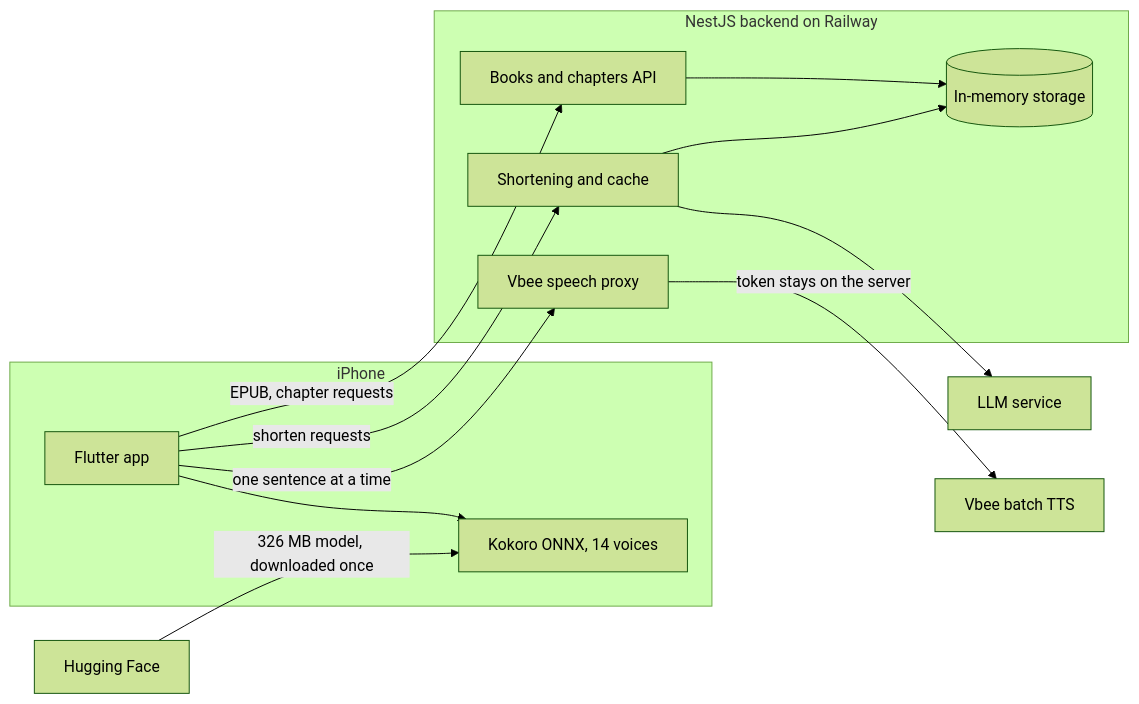
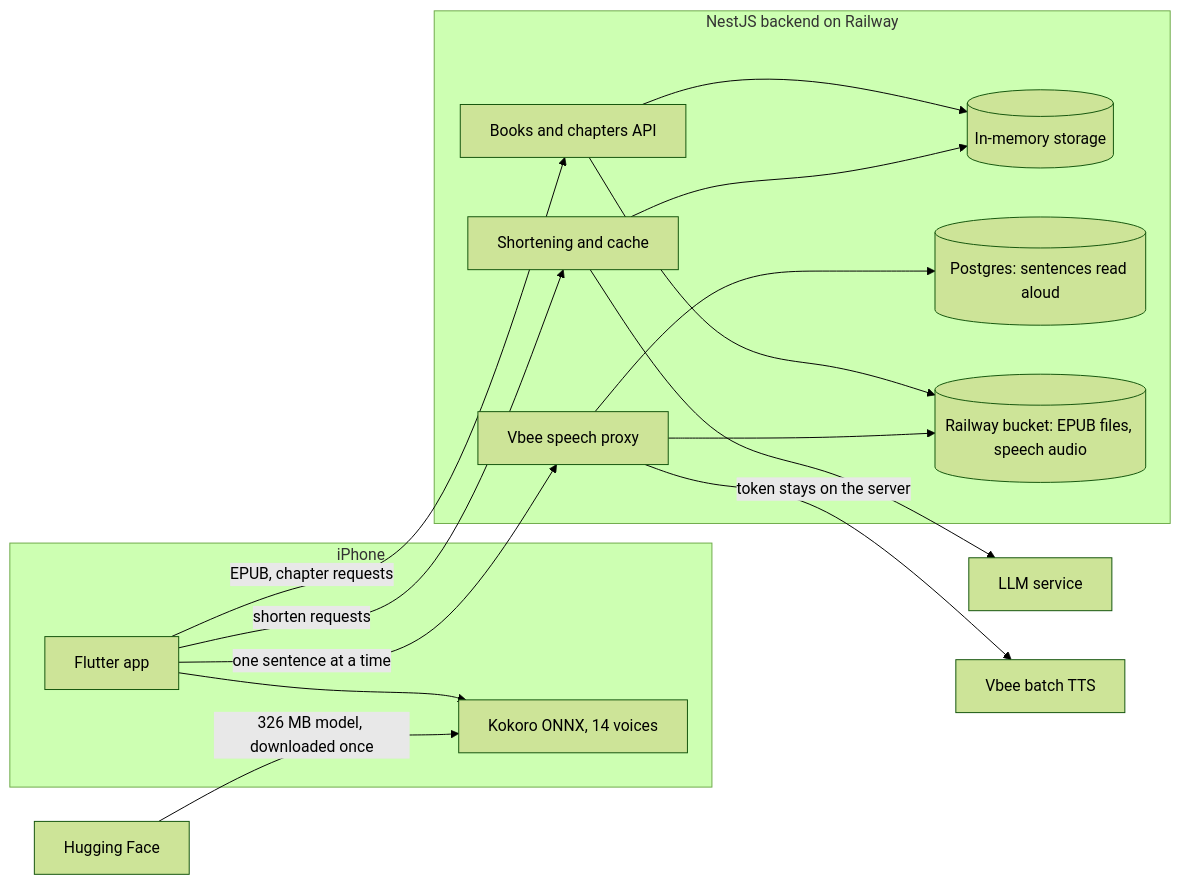
Before and after one commit to tinwritescode/ereader-ai: the second of 2 diagrams in README.md, drawn with Mermaid (forest theme). The commit also changed other lines of this file and 22 other files, not shown here.

First line of the commit message:
Keep each sentence read aloud in Postgres and a bucket

````diff
--- a/README.md
+++ b/README.md
@@ -57,28 +57,33 @@
 ```mermaid
 flowchart LR
     subgraph phone["iPhone"]
         ui["Flutter app"]
         tts["Kokoro ONNX, 14 voices"]
         ui --> tts
     end
 
     subgraph server["NestJS backend on Railway"]
         api["Books and chapters API"]
         digest["Shortening and cache"]
         speech["Vbee speech proxy"]
         memory[("In-memory storage")]
         api --> memory
         digest --> memory
+        clips[("Postgres: sentences read aloud")]
+        bucket[("Railway bucket: EPUB files, speech audio")]
+        api --> bucket
+        speech --> clips
+        speech --> bucket
     end
 
     llm["LLM service"]
     hf["Hugging Face"]
     vbee["Vbee batch TTS"]
 
     ui -- "EPUB, chapter requests" --> api
     ui -- "shorten requests" --> digest
     digest --> llm
     hf -- "326 MB model, downloaded once" --> tts
     ui -- "one sentence at a time" --> speech
     speech -- "token stays on the server" --> vbee
 ```
````
